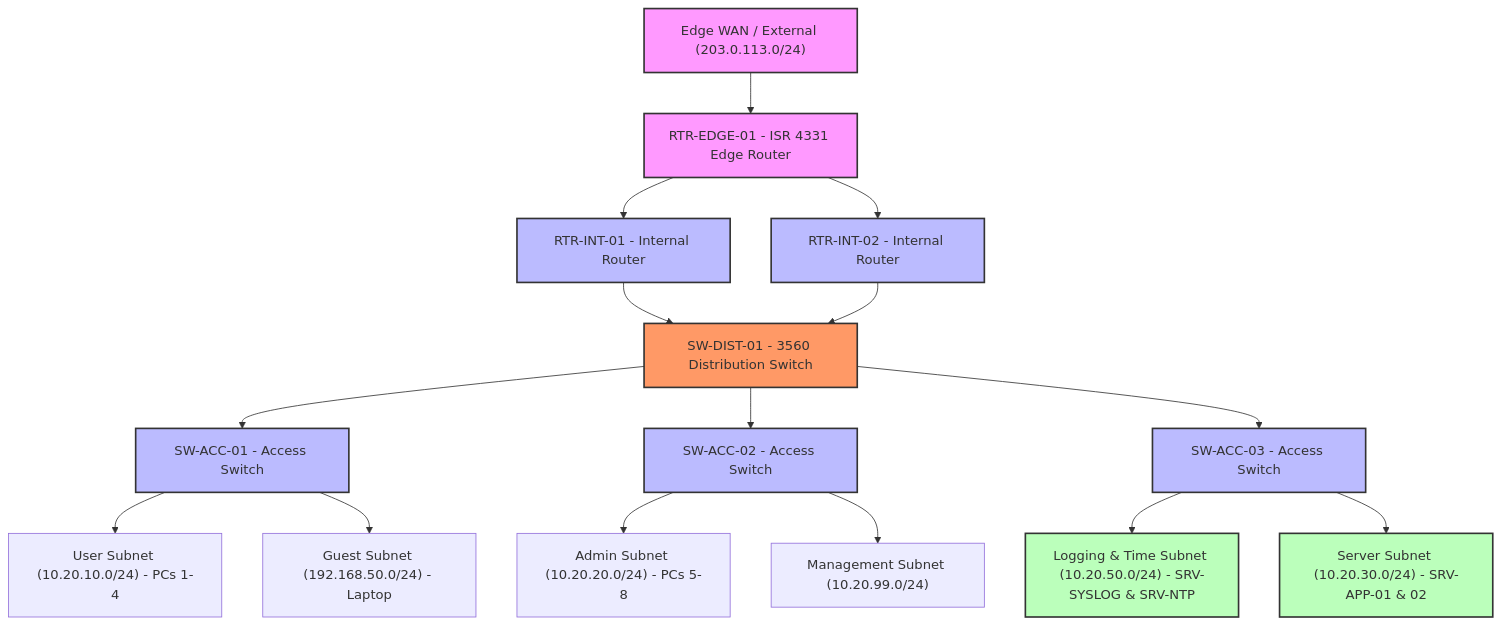
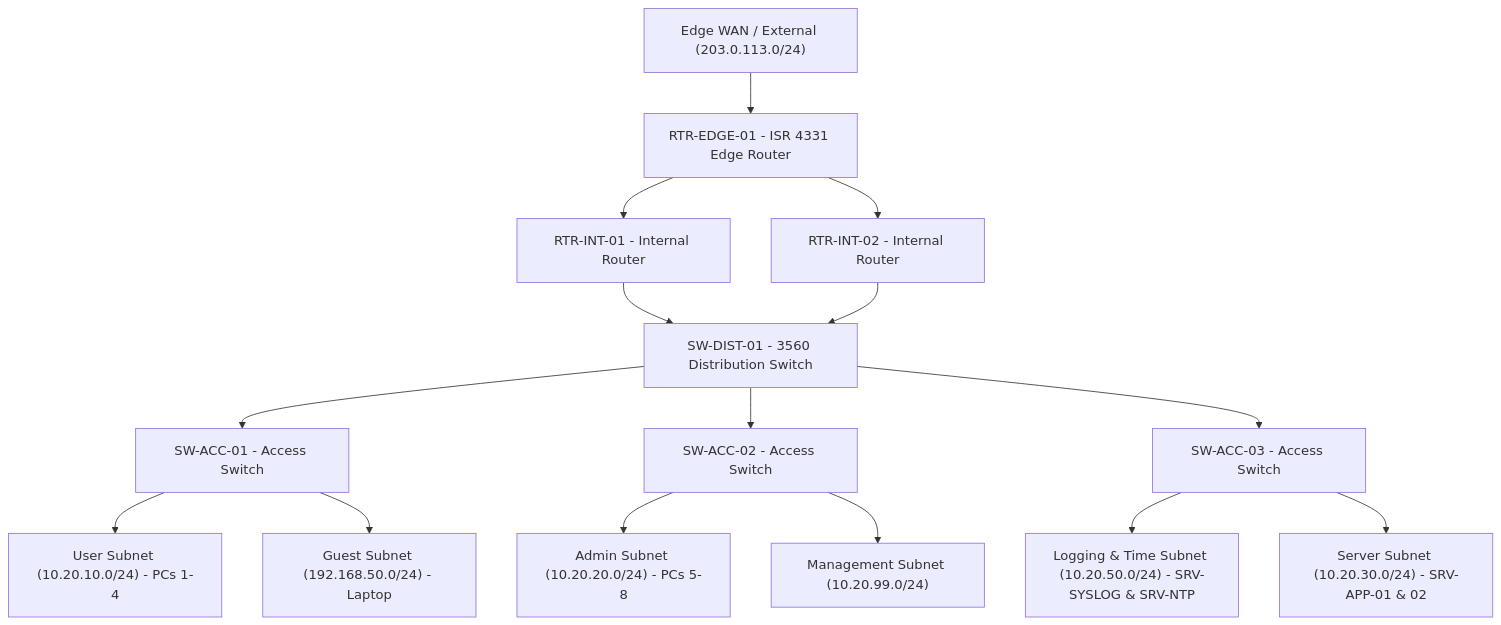
One commit to hdag-e/Resume changed the diagram in test.md. Above: the diagram before and after it, drawn with Mermaid.

Commit message:
Remove class definitions from mermaid diagram
Removed class definitions for graph styling in mermaid diagram.

````diff
--- a/test.md
+++ b/test.md
@@ -1,33 +1,23 @@
 ```mermaid
 graph TD
-    classDef edge fill:#f9f,stroke:#333,stroke-width:2px;
-    classDef internal fill:#bbf,stroke:#333,stroke-width:2px;
-    classDef core fill:#f96,stroke:#333,stroke-width:2px;
-    classDef server fill:#bfb,stroke:#333,stroke-width:2px;
-
     WAN["Edge WAN / External (203.0.113.0/24)"] --> RTR_EDGE["RTR-EDGE-01 - ISR 4331 Edge Router"]
 
     RTR_EDGE --> RTR_INT1["RTR-INT-01 - Internal Router"]
     RTR_EDGE --> RTR_INT2["RTR-INT-02 - Internal Router"]
 
     RTR_INT1 --> SW_DIST["SW-DIST-01 - 3560 Distribution Switch"]
     RTR_INT2 --> SW_DIST
 
     SW_DIST --> SW_ACC1["SW-ACC-01 - Access Switch"]
     SW_DIST --> SW_ACC2["SW-ACC-02 - Access Switch"]
     SW_DIST --> SW_ACC3["SW-ACC-03 - Access Switch"]
 
     SW_ACC1 --> USERS["User Subnet (10.20.10.0/24) - PCs 1-4"]
     SW_ACC1 --> GUEST["Guest Subnet (192.168.50.0/24) - Laptop"]
 
     SW_ACC2 --> ADMIN["Admin Subnet (10.20.20.0/24) - PCs 5-8"]
     SW_ACC2 --> MGMT["Management Subnet (10.20.99.0/24)"]
 
     SW_ACC3 --> LOGGING["Logging & Time Subnet (10.20.50.0/24) - SRV-SYSLOG & SRV-NTP"]
     SW_ACC3 --> SERVERS["Server Subnet (10.20.30.0/24) - SRV-APP-01 & 02"]
-
-    class WAN,RTR_EDGE edge;
-    class RTR_INT1,RTR_INT2,SW_ACC1,SW_ACC2,SW_ACC3 internal;
-    class SW_DIST core;
-    class LOGGING,SERVERS server;
 ```
````
